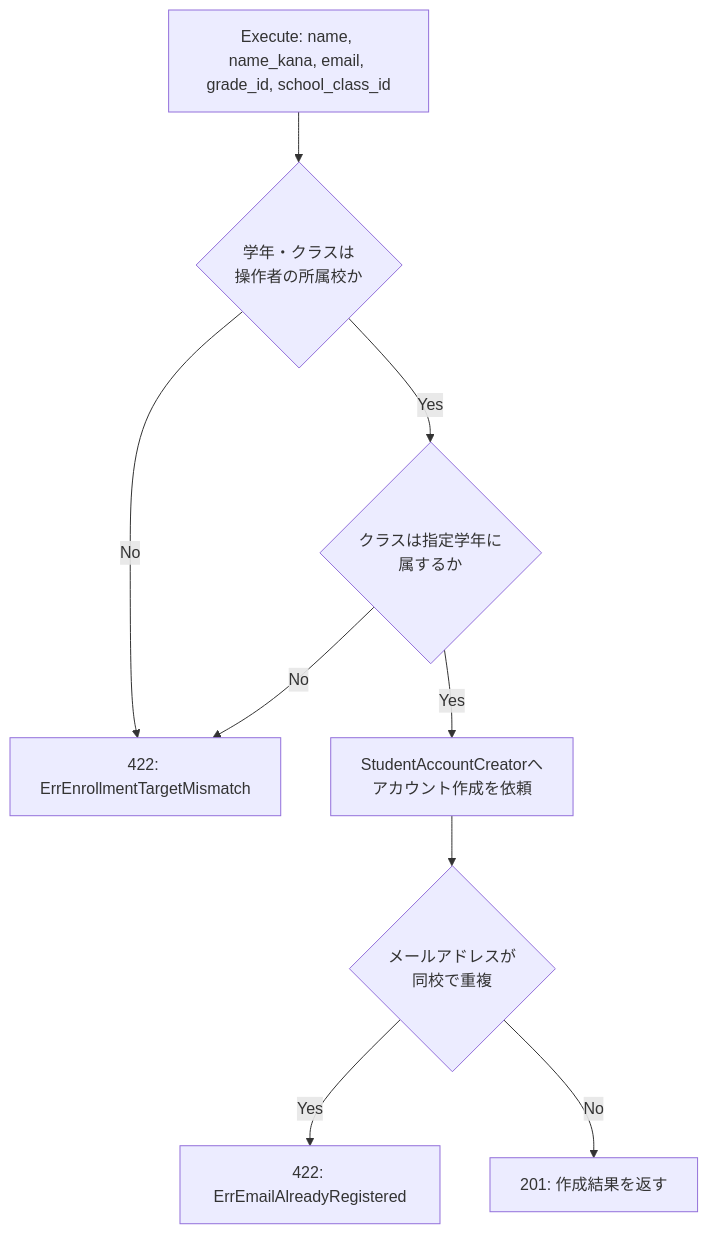
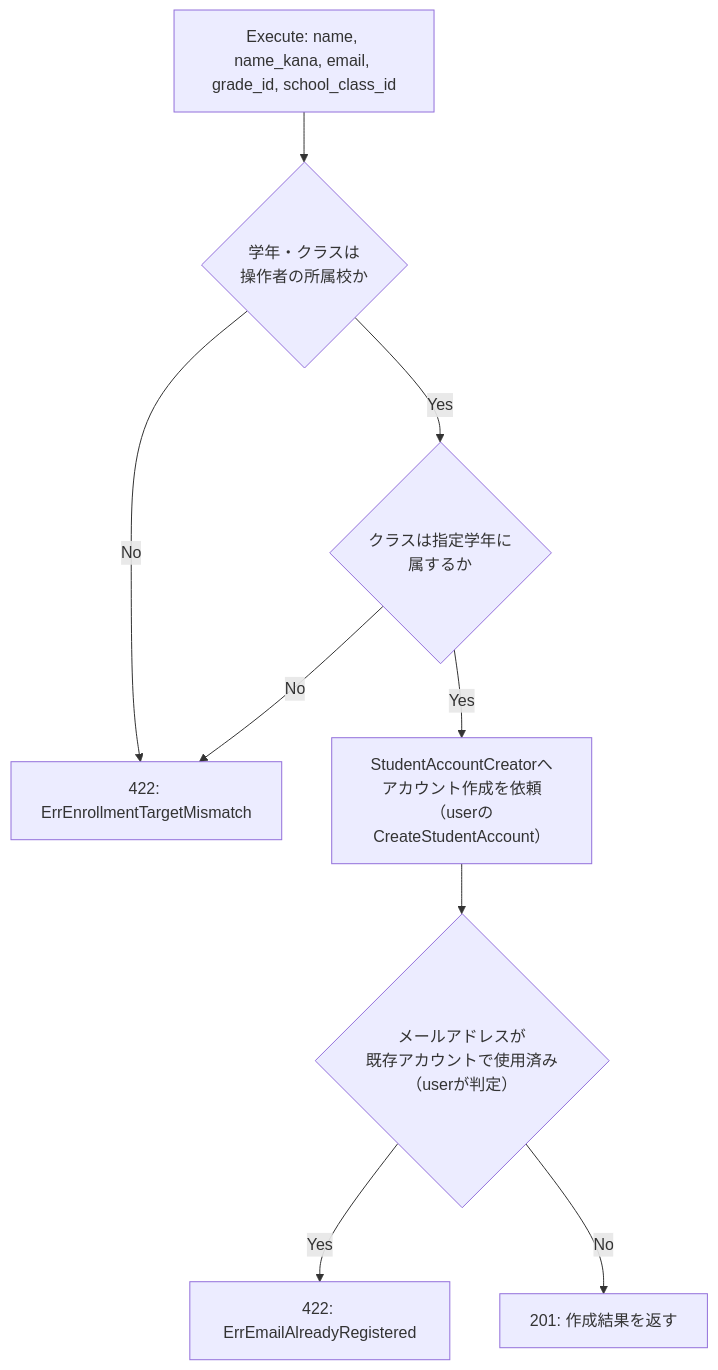
One commit to yuta20253/edu-platform-go-design changed the second of 2 diagrams in 計画書/Go実装仕様書/教師生徒参照機能_Go実装仕様書.md. Above: the diagram before and after it, drawn with Mermaid. The commit also changed other lines of this file and 28 other files, not shown here.

````diff
--- a/計画書/Go実装仕様書/教師生徒参照機能_Go実装仕様書.md
+++ b/計画書/Go実装仕様書/教師生徒参照機能_Go実装仕様書.md
@@ -235,11 +235,11 @@
 ```mermaid
 flowchart TD
     A[Execute: name, name_kana, email, grade_id, school_class_id] --> B{学年・クラスは<br/>操作者の所属校か}
     B -- No --> E1[422: ErrEnrollmentTargetMismatch]
     B -- Yes --> C{クラスは指定学年に<br/>属するか}
     C -- No --> E1
-    C -- Yes --> D[StudentAccountCreatorへ<br/>アカウント作成を依頼]
-    D --> F{メールアドレスが<br/>同校で重複}
+    C -- Yes --> D[StudentAccountCreatorへ<br/>アカウント作成を依頼<br/>（userのCreateStudentAccount）]
+    D --> F{メールアドレスが<br/>既存アカウントで使用済み<br/>（userが判定）}
     F -- Yes --> E2[422: ErrEmailAlreadyRegistered]
     F -- No --> G[201: 作成結果を返す]
 ```
````
